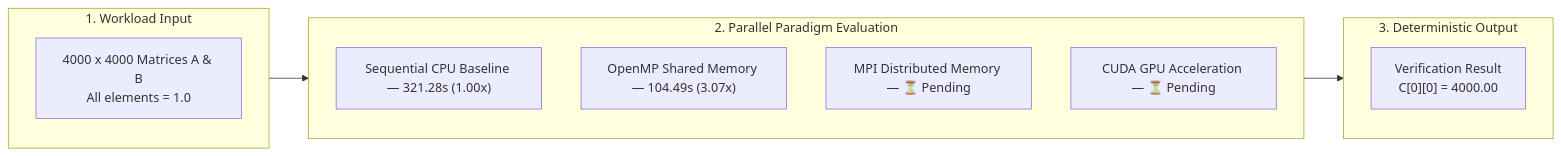
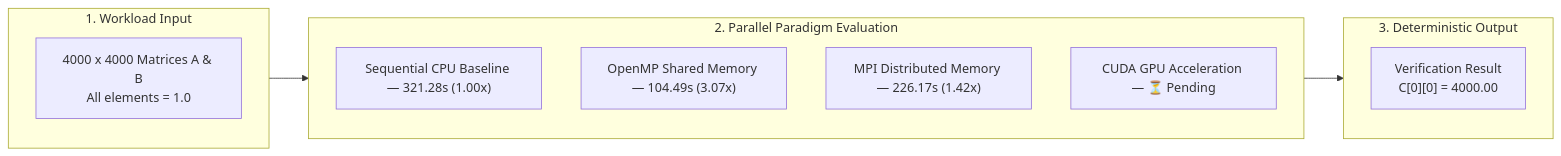
One commit to manasa-vasare/PGC-lab1 changed the first of 2 diagrams in README.md. Above: the diagram before and after it, drawn with Mermaid. The commit also changed other lines of this file and 7 other files, not shown here.

Commit message:
Add MPI results and restore to charts

````diff
--- a/README.md
+++ b/README.md
@@ -30,20 +30,20 @@
 ```mermaid
 flowchart LR
     subgraph Input ["1. Workload Input"]
         IN["4000 x 4000 Matrices A & B<br/>All elements = 1.0"]
     end
 
     subgraph Models ["2. Parallel Paradigm Evaluation"]
         direction TB
         M1["Sequential CPU Baseline — 321.28s (1.00x)"]
         M2["OpenMP Shared Memory — 104.49s (3.07x)"]
-        M3["MPI Distributed Memory — ⏳ Pending"]
+        M3["MPI Distributed Memory — 226.17s (1.42x)"]
         M4["CUDA GPU Acceleration — ⏳ Pending"]
     end
 
     subgraph Output ["3. Deterministic Output"]
         OUT["Verification Result<br/>C[0][0] = 4000.00"]
     end
 
     Input --> Models --> Output
 ```
````
